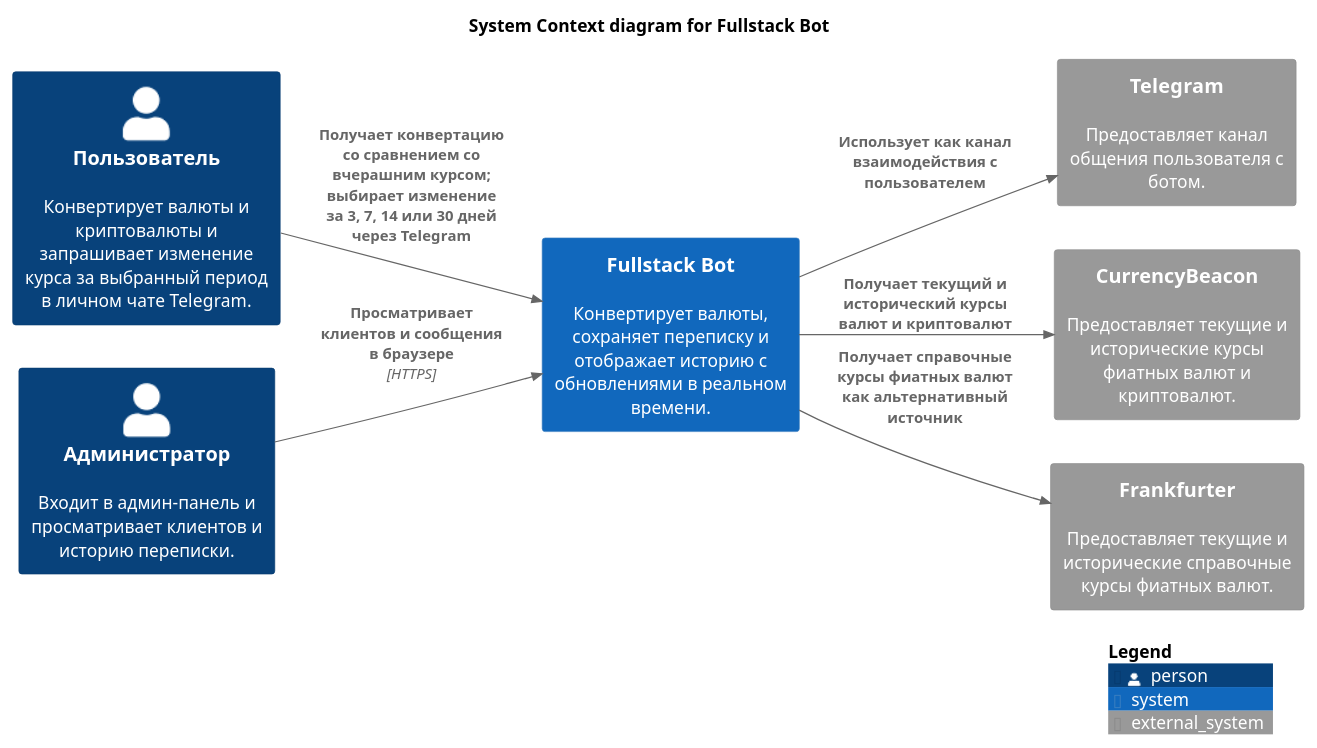
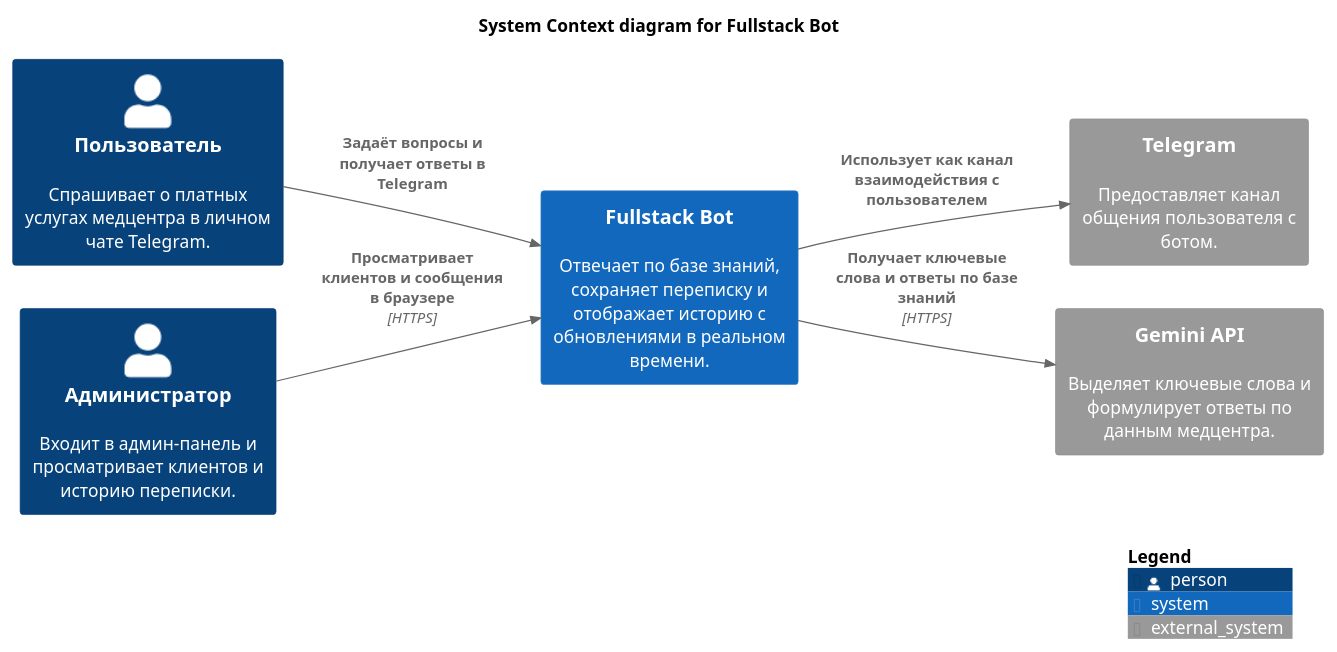
The diagram in docs/architecture/c4-context.puml (yarek-dev/FastestCurrency), drawn with PlantUML before and after one commit. The commit also changed 49 other files, not shown here.

Commit message:
refactor(bot): remove currency conversion

```diff
--- a/docs/architecture/c4-context.puml
+++ b/docs/architecture/c4-context.puml
@@ -1,24 +1,22 @@
 @startuml Fullstack Bot - System Context
 !include <C4/C4_Context>
 
 title System Context diagram for Fullstack Bot
 
 LAYOUT_LEFT_RIGHT()
 
-Person(user, "Пользователь", "Конвертирует валюты и криптовалюты и запрашивает изменение курса за выбранный период в личном чате Telegram.")
+Person(user, "Пользователь", "Спрашивает о платных услугах медцентра в личном чате Telegram.")
 Person(viewer, "Администратор", "Входит в админ-панель и просматривает клиентов и историю переписки.")
 
-System(fullstack_bot, "Fullstack Bot", "Конвертирует валюты, сохраняет переписку и отображает историю с обновлениями в реальном времени.")
+System(fullstack_bot, "Fullstack Bot", "Отвечает по базе знаний, сохраняет переписку и отображает историю с обновлениями в реальном времени.")
 
 System_Ext(telegram, "Telegram", "Предоставляет канал общения пользователя с ботом.")
-System_Ext(currency_beacon, "CurrencyBeacon", "Предоставляет текущие и исторические курсы фиатных валют и криптовалют.")
-System_Ext(frankfurter, "Frankfurter", "Предоставляет текущие и исторические справочные курсы фиатных валют.")
+System_Ext(gemini, "Gemini API", "Выделяет ключевые слова и формулирует ответы по данным медцентра.")
 
-Rel(user, fullstack_bot, "Получает конвертацию со сравнением со вчерашним курсом; выбирает изменение за 3, 7, 14 или 30 дней через Telegram")
+Rel(user, fullstack_bot, "Задаёт вопросы и получает ответы в Telegram")
 Rel(viewer, fullstack_bot, "Просматривает клиентов и сообщения в браузере", "HTTPS")
 Rel(fullstack_bot, telegram, "Использует как канал взаимодействия с пользователем")
-Rel(fullstack_bot, currency_beacon, "Получает текущий и исторический курсы валют и криптовалют")
-Rel(fullstack_bot, frankfurter, "Получает справочные курсы фиатных валют как альтернативный источник")
+Rel(fullstack_bot, gemini, "Получает ключевые слова и ответы по базе знаний", "HTTPS")
 
 SHOW_LEGEND()
 @enduml
```
